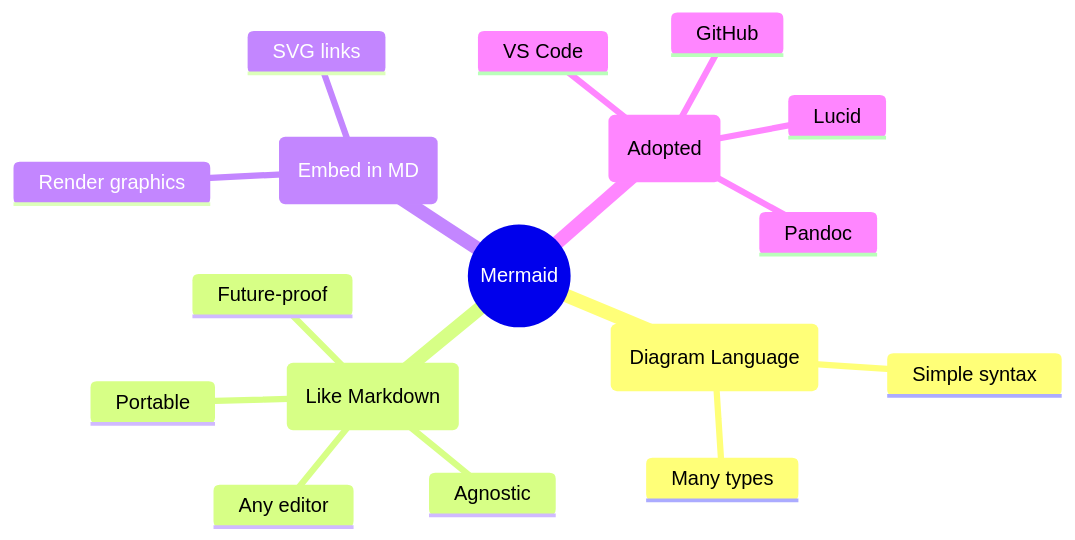
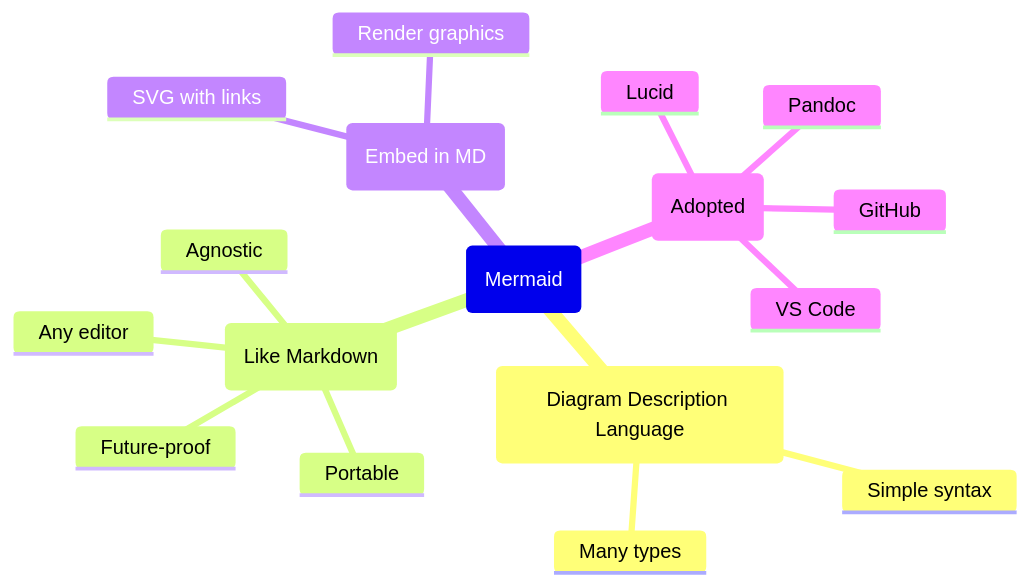
One commit to buckeye43210/markdown-to-snowkb changed the sixth of 11 diagrams in README.md. Above: the diagram before and after it, drawn with Mermaid. The commit also changed other lines of this file, not shown here.

````diff
--- a/README.md
+++ b/README.md
@@ -369,20 +364,20 @@
 ```mermaid
 mindmap
-  root((Mermaid))
-    (Diagram Language)
+  root(Mermaid)
+    (Diagram Description Language)
       Simple syntax
       Many types
     (Like Markdown)
       Portable
       Agnostic
       Any editor
       Future-proof
     (Embed in MD)
       Render graphics
-      SVG links
+      SVG with links
     (Adopted)
       Lucid
       GitHub
       Pandoc
       VS Code
 ```
````
